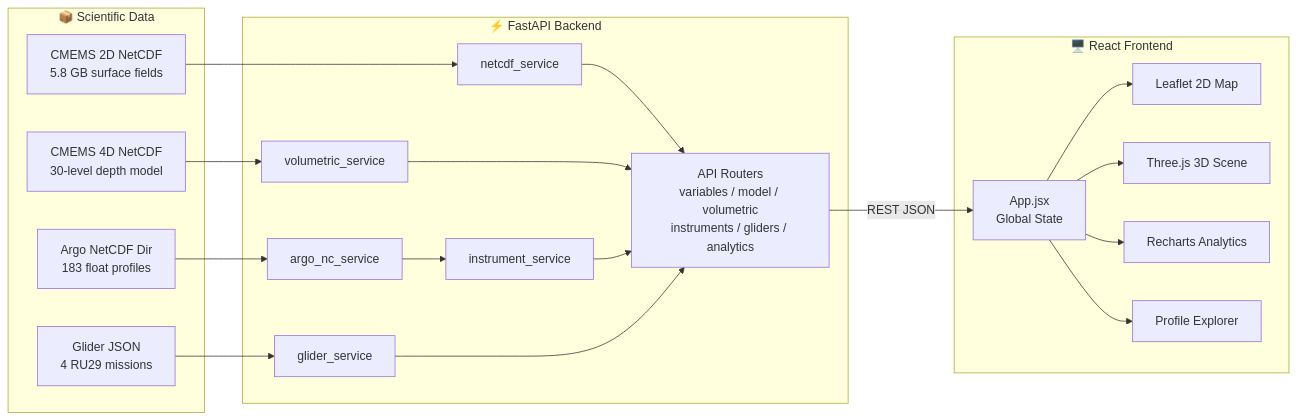
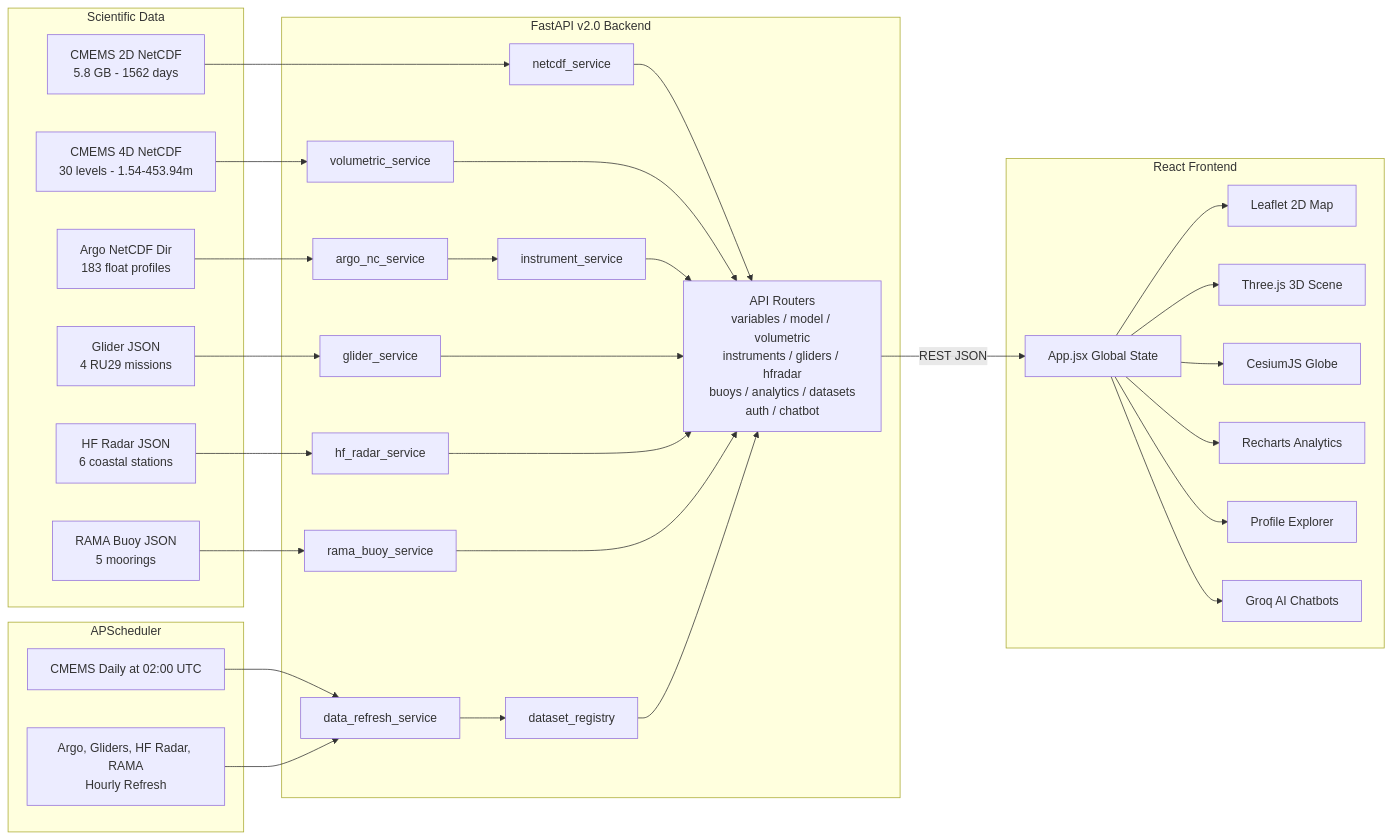
Before and after one commit to RutuRaj-1/Sagar_Drishti: the diagram in README.md, drawn with Mermaid. The commit also changed other lines of this file, not shown here.

Commit message:
docs: Complete README v2.0 - full codebase, all 11 routers, 6 datasets, Groq AI, CesiumJS, Firebase, APScheduler

````diff
--- a/README.md
+++ b/README.md
@@ -125,33 +135,50 @@
 ```mermaid
 flowchart LR
-    subgraph Data ["📦 Scientific Data"]
-        A[CMEMS 2D NetCDF<br/>5.8 GB surface fields]
-        D[CMEMS 4D NetCDF<br/>30-level depth model]
-        F[Argo NetCDF Dir<br/>183 float profiles]
-        I[Glider JSON<br/>4 RU29 missions]
+    subgraph Data ["Scientific Data"]
+        A[CMEMS 2D NetCDF\n5.8 GB - 1562 days]
+        D[CMEMS 4D NetCDF\n30 levels - 1.54-453.94m]
+        F[Argo NetCDF Dir\n183 float profiles]
+        G[Glider JSON\n4 RU29 missions]
+        H[HF Radar JSON\n6 coastal stations]
+        I[RAMA Buoy JSON\n5 moorings]
     end
 
-    subgraph Backend ["⚡ FastAPI Backend"]
+    subgraph Scheduler ["APScheduler"]
+        S1[CMEMS Daily at 02:00 UTC]
+        S2[Argo, Gliders, HF Radar, RAMA\nHourly Refresh]
+    end
+
+    subgraph Backend ["FastAPI v2.0 Backend"]
         B[netcdf_service]
         E[volumetric_service]
-        G[argo_nc_service]
-        H[instrument_service]
-        J[glider_service]
-        C[API Routers<br/>variables / model / volumetric<br/>instruments / gliders / analytics]
+        N[argo_nc_service]
+        P[instrument_service]
+        Q[glider_service]
+        R[hf_radar_service]
+        T[rama_buoy_service]
+        U[data_refresh_service]
+        V[dataset_registry]
+        C[API Routers\nvariables / model / volumetric\ninstruments / gliders / hfradar\nbuoys / analytics / datasets\nauth / chatbot]
     end
 
-    subgraph Frontend ["🖥️ React Frontend"]
-        K[App.jsx<br/>Global State]
+    subgraph Frontend ["React Frontend"]
+        K[App.jsx Global State]
         L[Leaflet 2D Map]
         M[Three.js 3D Scene]
-        N[Recharts Analytics]
-        O[Profile Explorer]
+        W[CesiumJS Globe]
+        X[Recharts Analytics]
+        Y[Profile Explorer]
+        Z[Groq AI Chatbots]
     end
 
     A --> B --> C
     D --> E --> C
-    F --> G --> H --> C
-    I --> J --> C
+    F --> N --> P --> C
+    G --> Q --> C
+    H --> R --> C
+    I --> T --> C
+    U --> V --> C
+    S1 & S2 --> U
     C -->|REST JSON| K
-    K --> L & M & N & O
+    K --> L & M & W & X & Y & Z
 ```
````
